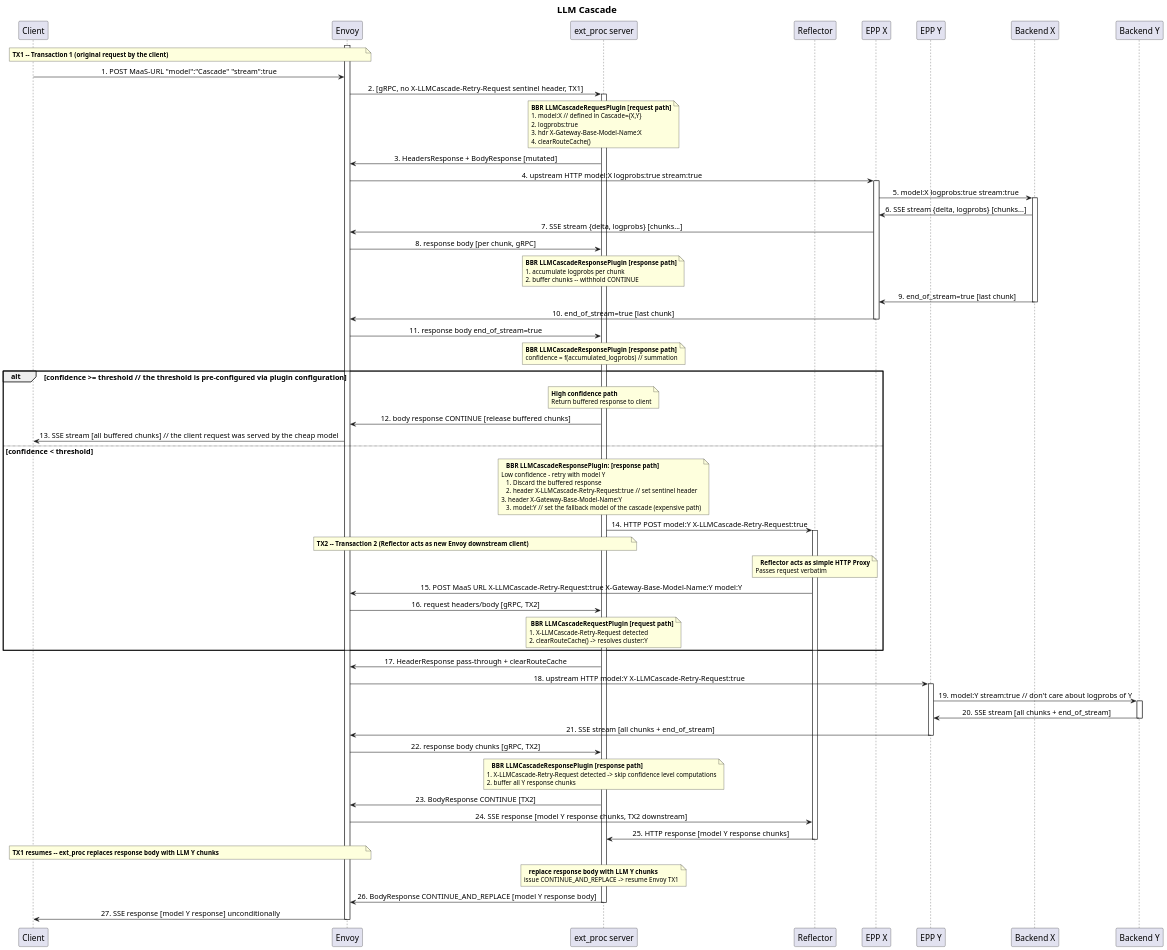
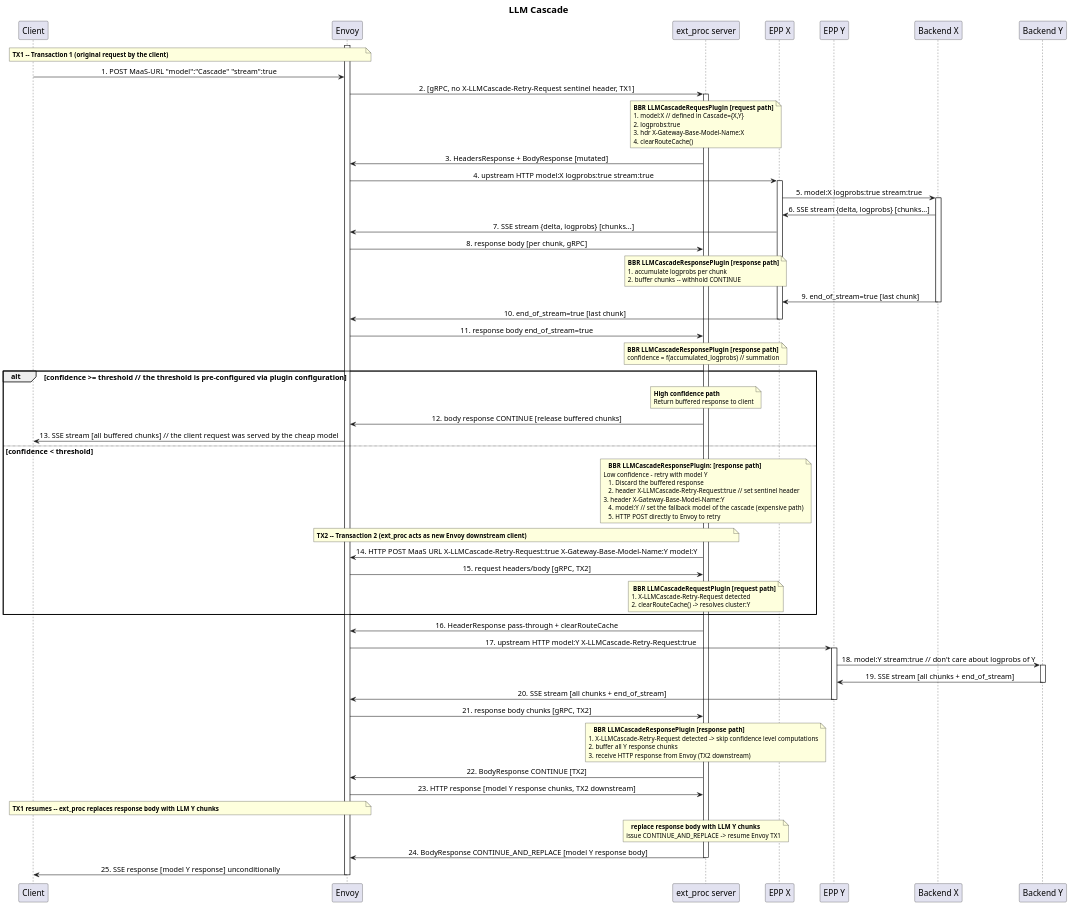
Before and after one commit to davidbreitgand/diagrams: the diagram in low-level-sequence-diagram.puml, drawn with PlantUML. The commit also changed 1 other file, not shown here.

Commit message:
Simplified diagram: two plugins only

```diff
--- a/low-level-sequence-diagram.puml
+++ b/low-level-sequence-diagram.puml
@@ -1,134 +1,127 @@
 @startuml LLMCascade
 ' PlantUML Diagram
 ' Edit this file to create your diagram
 
 ' High-quality settings optimized for Google Docs
 ' Balance between resolution and size to prevent cutoff
 skinparam dpi 400
 skinparam defaultFontSize 14
 skinparam titleFontSize 18
 skinparam participantFontSize 16
 skinparam sequenceMessageAlign center
 skinparam noteFontSize 12
 skinparam noteTextAlignment left
 
 ' Compact layout to fit page width
 skinparam ParticipantPadding 20
 skinparam BoxPadding 5
 skinparam SequenceMessageAlign center
 
 ' Prevent diagram cutoff
 scale 0.4
 
 title LLM Cascade
 
 participant "Client" as client
 participant "Envoy" as envoy
 participant "ext_proc server" as ext_proc
-participant "Reflector" as reflector
 participant "EPP X" as epp_cx
 participant "EPP Y" as epp_cy
 participant "Backend X" as backend_x
 participant "Backend Y" as backend_y
 
 activate envoy
 note over client,envoy
   **TX1 -- Transaction 1 (original request by the client)**
 end note
 client -> envoy: 1. POST MaaS-URL "model":"Cascade" "stream":true
 envoy -> ext_proc: 2. [gRPC, no X-LLMCascade-Retry-Request sentinel header, TX1]
 activate ext_proc
 note over ext_proc
   **BBR LLMCascadeRequesPlugin [request path]**
   1. model:X // defined in Cascade={X,Y}
   2. logprobs:true
   3. hdr X-Gateway-Base-Model-Name:X
   4. clearRouteCache()
 end note
 ext_proc -> envoy: 3. HeadersResponse + BodyResponse [mutated]
 envoy -> epp_cx: 4. upstream HTTP model:X logprobs:true stream:true
 activate epp_cx
 epp_cx -> backend_x: 5. model:X logprobs:true stream:true
 activate backend_x
 backend_x -> epp_cx: 6. SSE stream {delta, logprobs} [chunks...]
 epp_cx -> envoy: 7. SSE stream {delta, logprobs} [chunks...]
 envoy -> ext_proc: 8. response body [per chunk, gRPC]
 note over ext_proc
   **BBR LLMCascadeResponsePlugin [response path]**
   1. accumulate logprobs per chunk
   2. buffer chunks -- withhold CONTINUE
 end note 
 backend_x -> epp_cx: 9. end_of_stream=true [last chunk]
 deactivate backend_x
 epp_cx -> envoy: 10. end_of_stream=true [last chunk]
 deactivate epp_cx
 envoy -> ext_proc: 11. response body end_of_stream=true
 note over ext_proc
   **BBR LLMCascadeResponsePlugin [response path]**
   confidence = f(accumulated_logprobs) // summation
 end note
 
 alt confidence >= threshold // the threshold is pre-configured via plugin configuration
   note over ext_proc
     **High confidence path**
     Return buffered response to client
   end note
   ext_proc -> envoy: 12. body response CONTINUE [release buffered chunks]
   envoy -> client: 13. SSE stream [all buffered chunks] // the client request was served by the cheap model
 else confidence < threshold
   note over ext_proc
     **BBR LLMCascadeResponsePlugin: [response path]**
 	Low confidence - retry with model Y
-    1. Discard the buffered response 
+    1. Discard the buffered response
     2. header X-LLMCascade-Retry-Request:true // set sentinel header
-	3. header X-Gateway-Base-Model-Name:Y 
-    3. model:Y // set the fallback model of the cascade (expensive path)
+	3. header X-Gateway-Base-Model-Name:Y
+    4. model:Y // set the fallback model of the cascade (expensive path)
+    5. HTTP POST directly to Envoy to retry
   end note
-  ext_proc -> reflector: 14. HTTP POST model:Y X-LLMCascade-Retry-Request:true
-  activate reflector
   note over envoy,ext_proc
-    **TX2 -- Transaction 2 (Reflector acts as new Envoy downstream client)**
+    **TX2 -- Transaction 2 (ext_proc acts as new Envoy downstream client)**
   end note
-  note over reflector
-    **Reflector acts as simple HTTP Proxy**
- Passes request verbatim
-  end note
-  reflector -> envoy: 15. POST MaaS URL X-LLMCascade-Retry-Request:true X-Gateway-Base-Model-Name:Y model:Y
-  envoy -> ext_proc: 16. request headers/body [gRPC, TX2]
+  ext_proc -> envoy: 14. HTTP POST MaaS URL X-LLMCascade-Retry-Request:true X-Gateway-Base-Model-Name:Y model:Y
+  envoy -> ext_proc: 15. request headers/body [gRPC, TX2]
   note over ext_proc
     **BBR LLMCascadeRequestPlugin [request path]**
    1. X-LLMCascade-Retry-Request detected
    2. clearRouteCache() -> resolves cluster:Y
   end note
 end
-  ext_proc -> envoy: 17. HeaderResponse pass-through + clearRouteCache
-  envoy -> epp_cy: 18. upstream HTTP model:Y X-LLMCascade-Retry-Request:true
+  ext_proc -> envoy: 16. HeaderResponse pass-through + clearRouteCache
+  envoy -> epp_cy: 17. upstream HTTP model:Y X-LLMCascade-Retry-Request:true
   activate epp_cy
-  epp_cy -> backend_y: 19. model:Y stream:true // don't care about logprobs of Y
+  epp_cy -> backend_y: 18. model:Y stream:true // don't care about logprobs of Y
   activate backend_y
-  backend_y -> epp_cy: 20. SSE stream [all chunks + end_of_stream]
+  backend_y -> epp_cy: 19. SSE stream [all chunks + end_of_stream]
   deactivate backend_y
-  epp_cy -> envoy: 21. SSE stream [all chunks + end_of_stream]
+  epp_cy -> envoy: 20. SSE stream [all chunks + end_of_stream]
   deactivate epp_cy
-  envoy -> ext_proc: 22. response body chunks [gRPC, TX2]
+  envoy -> ext_proc: 21. response body chunks [gRPC, TX2]
   note over ext_proc
     **BBR LLMCascadeResponsePlugin [response path]**
  1. X-LLMCascade-Retry-Request detected -> skip confidence level computations
  2. buffer all Y response chunks
+ 3. receive HTTP response from Envoy (TX2 downstream)
   end note
-  ext_proc -> envoy: 23. BodyResponse CONTINUE [TX2]
-  envoy -> reflector: 24. SSE response [model Y response chunks, TX2 downstream]
-  reflector -> ext_proc: 25. HTTP response [model Y response chunks]
-  deactivate reflector
+  ext_proc -> envoy: 22. BodyResponse CONTINUE [TX2]
+  envoy -> ext_proc: 23. HTTP response [model Y response chunks, TX2 downstream]
   note over client,envoy
     **TX1 resumes -- ext_proc replaces response body with LLM Y chunks**
   end note
   note over ext_proc
     **replace response body with LLM Y chunks**
  issue CONTINUE_AND_REPLACE -> resume Envoy TX1
   end note
-  ext_proc -> envoy: 26. BodyResponse CONTINUE_AND_REPLACE [model Y response body]
+  ext_proc -> envoy: 24. BodyResponse CONTINUE_AND_REPLACE [model Y response body]
   deactivate ext_proc
-  envoy -> client: 27. SSE response [model Y response] unconditionally
+  envoy -> client: 25. SSE response [model Y response] unconditionally
   deactivate envoy
 @enduml
```
